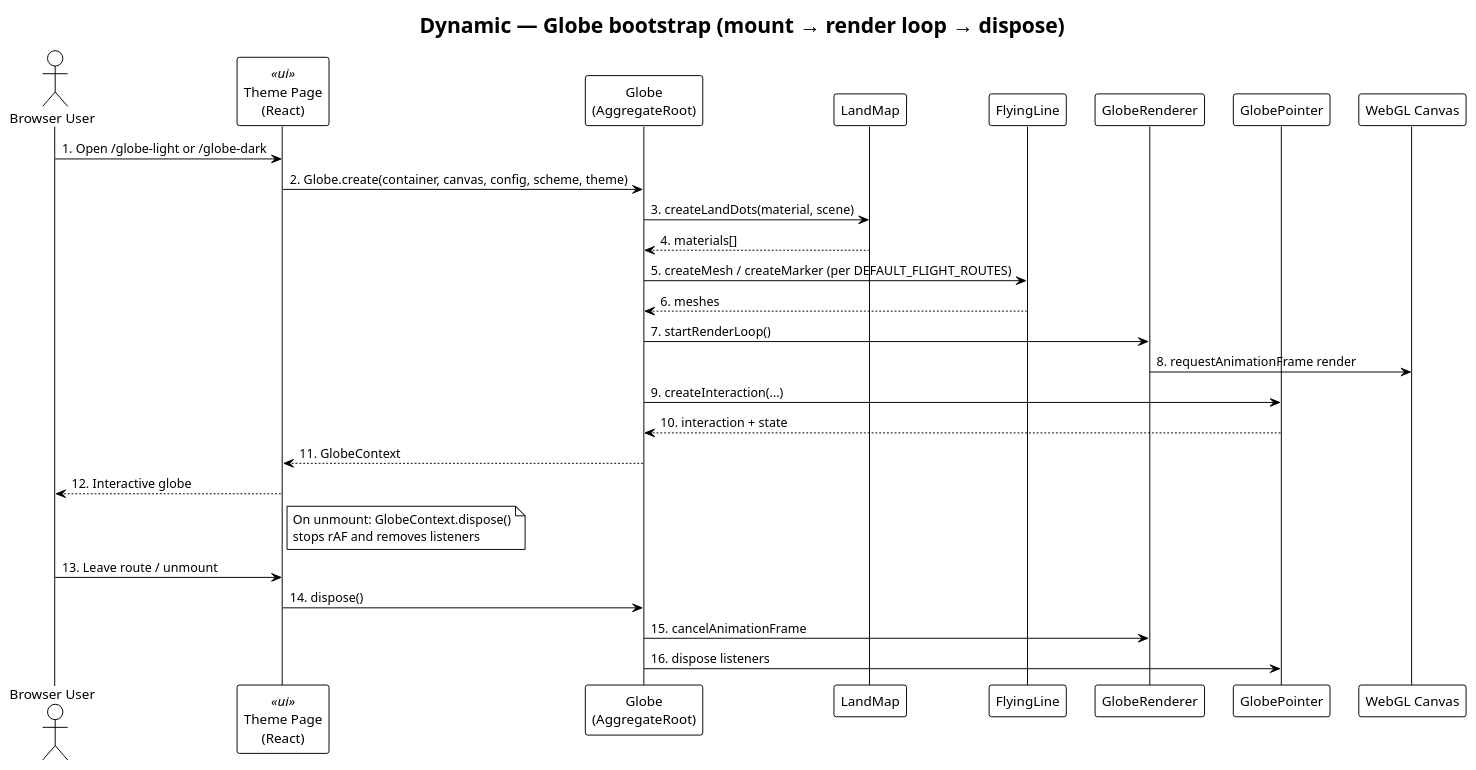
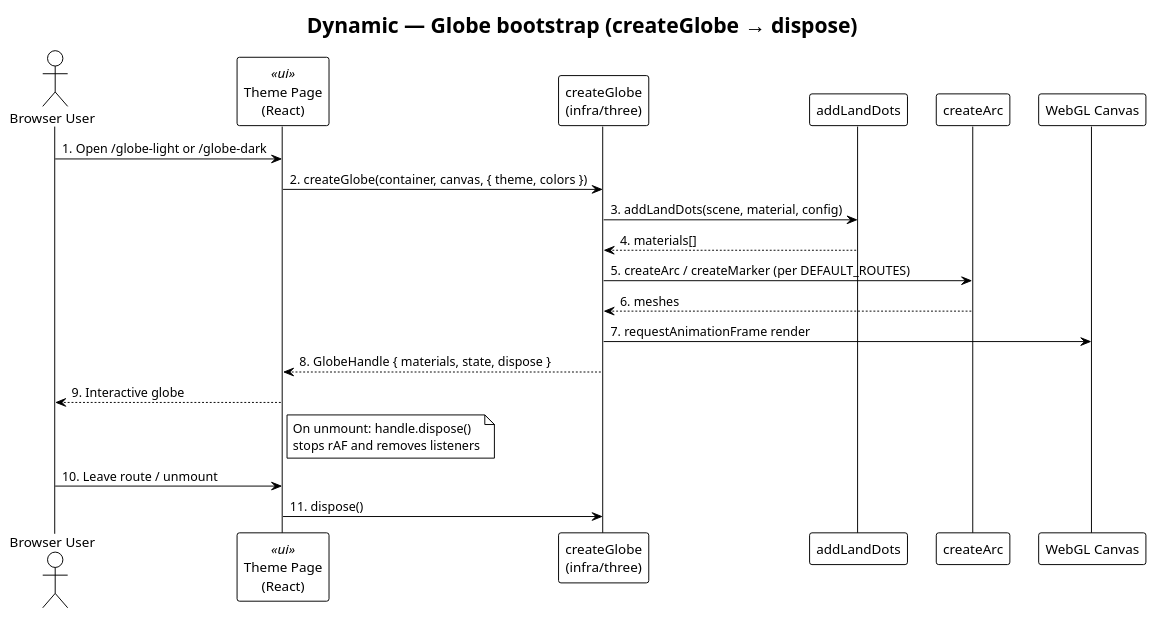
The diagram in docs/developer/c4-model/C4-Dynamic-Globe-Bootstrap.puml (felixzhu97/explore-three), drawn with PlantUML before and after one commit. The commit also changed 30 other files, not shown here.

First line of the commit message:
Move Three.js wiring into infra under domain (#8)

```diff
--- a/docs/developer/c4-model/C4-Dynamic-Globe-Bootstrap.puml
+++ b/docs/developer/c4-model/C4-Dynamic-Globe-Bootstrap.puml
@@ -1,40 +1,33 @@
 @startuml C4-Dynamic-Globe-Bootstrap
 !theme plain
 skinparam backgroundColor #FFFFFF
 skinparam shadowing false
 
-title Dynamic — Globe bootstrap (mount → render loop → dispose)
+title Dynamic — Globe bootstrap (createGlobe → dispose)
 
 actor "Browser User" as user
 participant "Theme Page\n(React)" as page <<ui>>
-participant "Globe\n(AggregateRoot)" as globe
-participant "LandMap" as land
-participant "FlyingLine" as flying
-participant "GlobeRenderer" as renderer
-participant "GlobePointer" as pointer
+participant "createGlobe\n(infra/three)" as globe
+participant "addLandDots" as land
+participant "createArc" as arc
 participant "WebGL Canvas" as canvas
 
 user -> page: 1. Open /globe-light or /globe-dark
-page -> globe: 2. Globe.create(container, canvas, config, scheme, theme)
-globe -> land: 3. createLandDots(material, scene)
+page -> globe: 2. createGlobe(container, canvas, { theme, colors })
+globe -> land: 3. addLandDots(scene, material, config)
 land --> globe: 4. materials[]
-globe -> flying: 5. createMesh / createMarker (per DEFAULT_FLIGHT_ROUTES)
-flying --> globe: 6. meshes
-globe -> renderer: 7. startRenderLoop()
-renderer -> canvas: 8. requestAnimationFrame render
-globe -> pointer: 9. createInteraction(...)
-pointer --> globe: 10. interaction + state
-globe --> page: 11. GlobeContext
-page --> user: 12. Interactive globe
+globe -> arc: 5. createArc / createMarker (per DEFAULT_ROUTES)
+arc --> globe: 6. meshes
+globe -> canvas: 7. requestAnimationFrame render
+globe --> page: 8. GlobeHandle { materials, state, dispose }
+page --> user: 9. Interactive globe
 
 note right of page
-  On unmount: GlobeContext.dispose()
+  On unmount: handle.dispose()
   stops rAF and removes listeners
 end note
 
-user -> page: 13. Leave route / unmount
-page -> globe: 14. dispose()
-globe -> renderer: 15. cancelAnimationFrame
-globe -> pointer: 16. dispose listeners
+user -> page: 10. Leave route / unmount
+page -> globe: 11. dispose()
 
 @enduml
```
